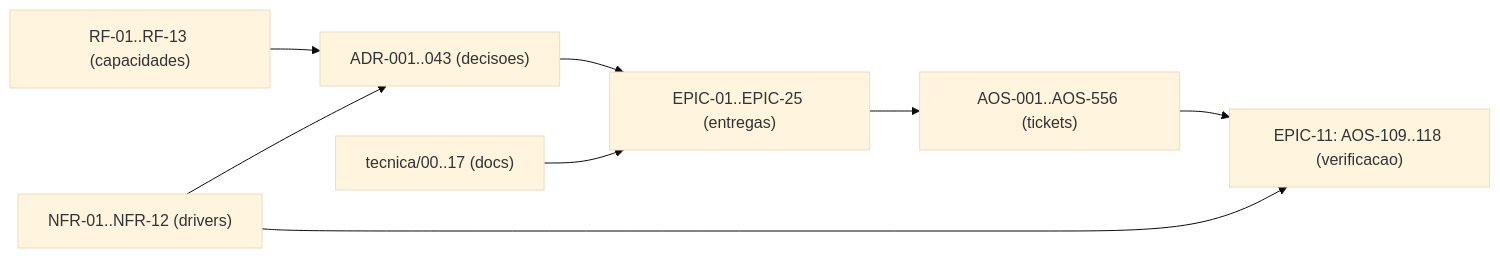
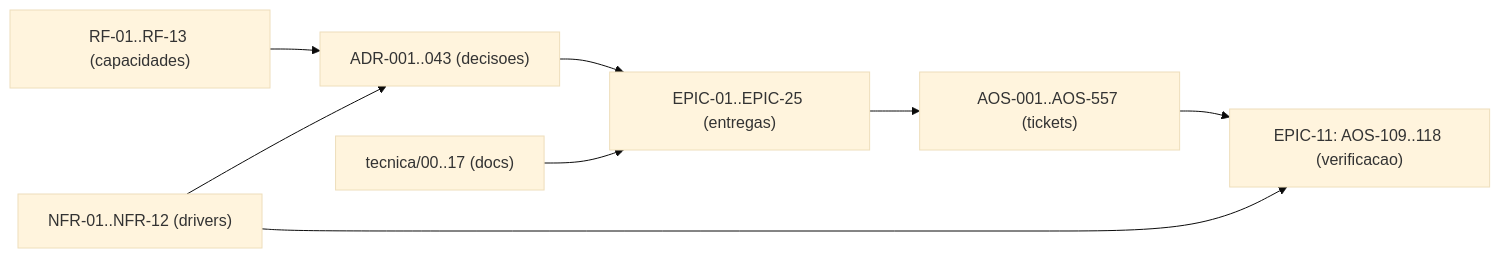
The diagram in tecnica/16_Rastreabilidade_RTM.md (albinoJimy/aos), drawn with Mermaid (base theme) before and after one commit. The commit also changed other lines of this file and 15 other files, not shown here.

````diff
--- a/tecnica/16_Rastreabilidade_RTM.md
+++ b/tecnica/16_Rastreabilidade_RTM.md
@@ -212,10 +212,10 @@
 ```mermaid
 flowchart LR
     RF["RF-01..RF-13 (capacidades)"] --> ADR["ADR-001..043 (decisoes)"]
     NFR["NFR-01..NFR-12 (drivers)"] --> ADR
     ADR --> EPIC["EPIC-01..EPIC-25 (entregas)"]
-    EPIC --> TICK["AOS-001..AOS-556 (tickets)"]
+    EPIC --> TICK["AOS-001..AOS-557 (tickets)"]
     DOC["tecnica/00..17 (docs)"] --> EPIC
     TICK --> TEST["EPIC-11: AOS-109..118 (verificacao)"]
     NFR --> TEST
 ```
````
